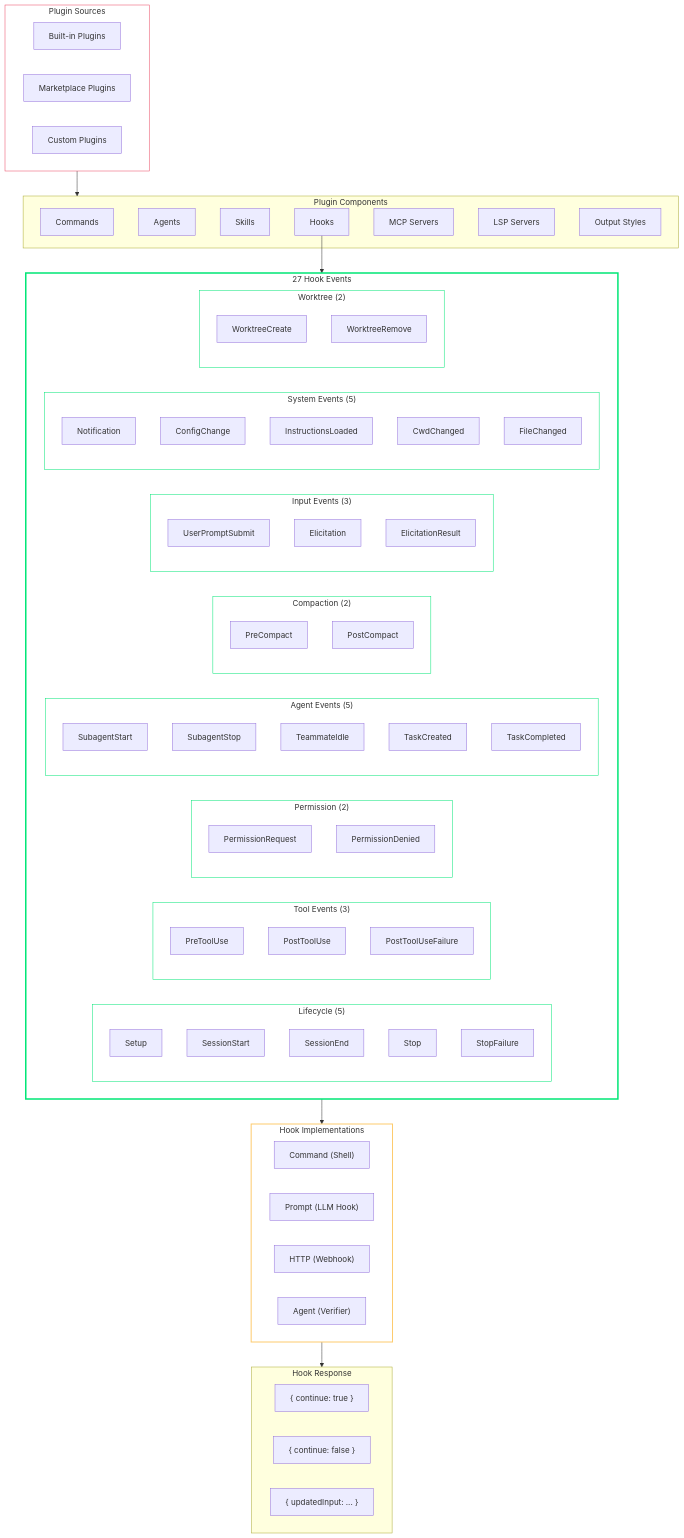
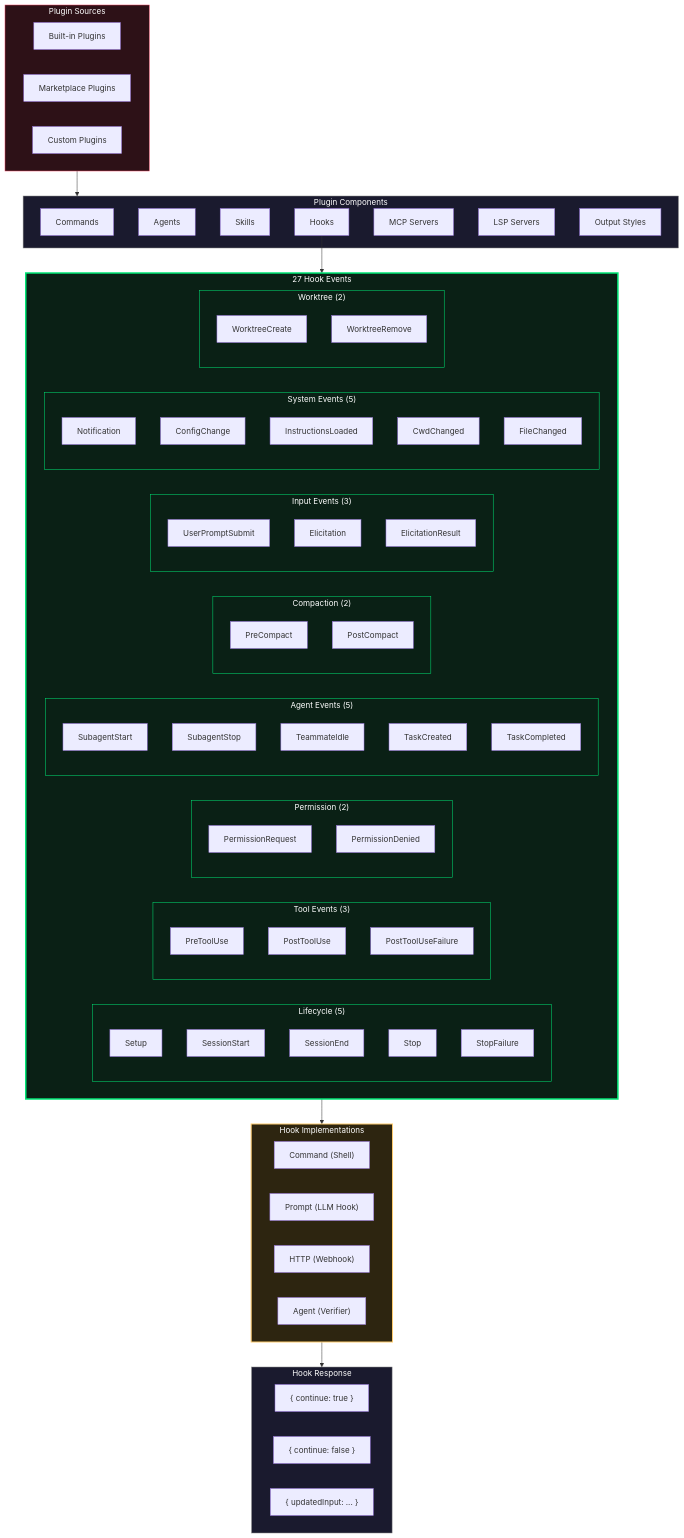
Before and after one commit to PavelValentov/multi-agent-architecture: the ninth of 14 diagrams in DIAGRAMS.md, drawn with Mermaid. The commit also changed other lines of this file, not shown here.

First line of the commit message:
Add consistent dark fills to all diagram subgraphs

````diff
--- a/DIAGRAMS.md
+++ b/DIAGRAMS.md
@@ -798,15 +811,17 @@
     HookEvents --> HookImpl
     HookImpl --> HookResponse
 
-    style PluginSources fill:transparent,stroke:#e94560,stroke-width:1px
-    style HookEvents fill:transparent,stroke:#00e676,stroke-width:3px
-    style LifecycleHooks fill:transparent,stroke:#00e676,stroke-width:1px
-    style ToolHooks fill:transparent,stroke:#00e676,stroke-width:1px
-    style PermHooks fill:transparent,stroke:#00e676,stroke-width:1px
-    style AgentHooks fill:transparent,stroke:#00e676,stroke-width:1px
-    style CompactHooks fill:transparent,stroke:#00e676,stroke-width:1px
-    style InputHooks fill:transparent,stroke:#00e676,stroke-width:1px
-    style SystemHooks fill:transparent,stroke:#00e676,stroke-width:1px
-    style WorktreeHooks fill:transparent,stroke:#00e676,stroke-width:1px
-    style HookImpl fill:transparent,stroke:#fdcb6e,stroke-width:2px
+    style PluginSources fill:#2d1117,stroke:#e94560,stroke-width:1px,color:#fff
+    style PluginComponents fill:#1a1a2e,stroke:#888,stroke-width:1px,color:#fff
+    style HookEvents fill:#0a2015,stroke:#00e676,stroke-width:3px,color:#fff
+    style LifecycleHooks fill:#0a2015,stroke:#00e676,stroke-width:1px,color:#fff
+    style ToolHooks fill:#0a2015,stroke:#00e676,stroke-width:1px,color:#fff
+    style PermHooks fill:#0a2015,stroke:#00e676,stroke-width:1px,color:#fff
+    style AgentHooks fill:#0a2015,stroke:#00e676,stroke-width:1px,color:#fff
+    style CompactHooks fill:#0a2015,stroke:#00e676,stroke-width:1px,color:#fff
+    style InputHooks fill:#0a2015,stroke:#00e676,stroke-width:1px,color:#fff
+    style SystemHooks fill:#0a2015,stroke:#00e676,stroke-width:1px,color:#fff
+    style WorktreeHooks fill:#0a2015,stroke:#00e676,stroke-width:1px,color:#fff
+    style HookImpl fill:#2d2510,stroke:#fdcb6e,stroke-width:2px,color:#fff
+    style HookResponse fill:#1a1a2e,stroke:#888,stroke-width:1px,color:#fff
 ```
````
